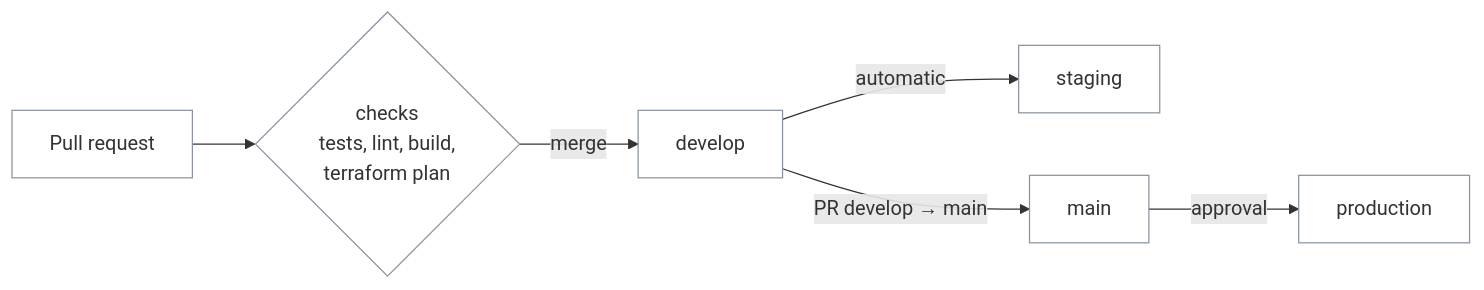
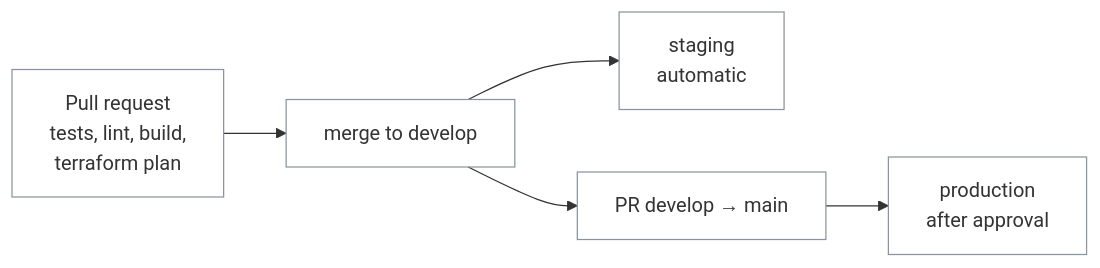
The second of 2 diagrams in docs/devops-overview.md (MateTeam251/brand-clothing-tp251), drawn with Mermaid before and after one commit. The commit also changed other lines of this file, not shown here.

Commit message:
docs: diagrams without edge labels

````diff
--- a/docs/devops-overview.md
+++ b/docs/devops-overview.md
@@ -61,10 +61,9 @@
 ```mermaid
 flowchart LR
-    PR[Pull request] --> CHK{checks<br/>tests, lint, build,<br/>terraform plan}
-    CHK -->|merge| DEV[develop]
-    DEV -->|automatic| STG[staging]
-    DEV -->|PR develop → main| MAIN[main]
-    MAIN -->|approval| PROD[production]
+    PR[Pull request<br/>tests, lint, build,<br/>terraform plan] --> DEV[merge to develop]
+    DEV --> STG[staging<br/>automatic]
+    DEV --> MAIN[PR develop → main]
+    MAIN --> PROD[production<br/>after approval]
     %% Transparent boxes: readable in GitHub light and dark mode
     classDef default fill:transparent,stroke:#8b949e,stroke-width:1px
 ```
````
